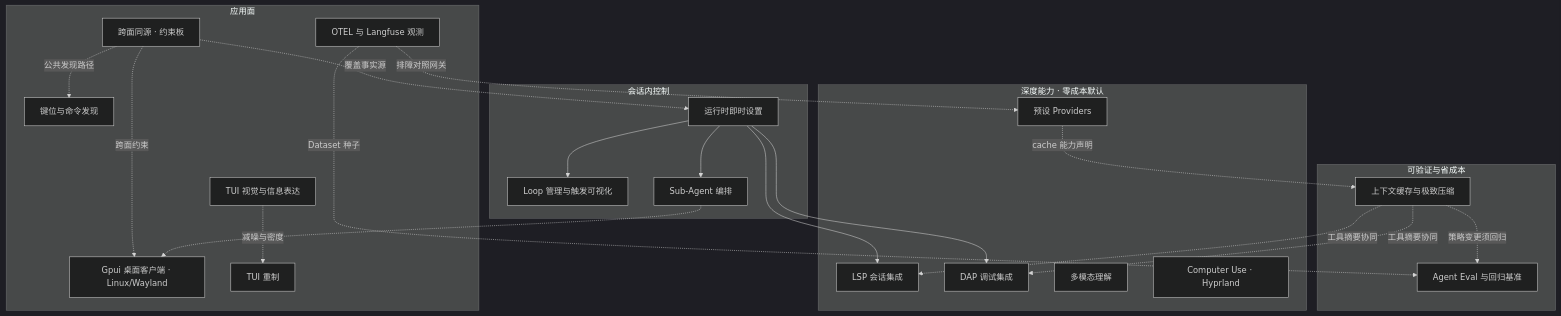
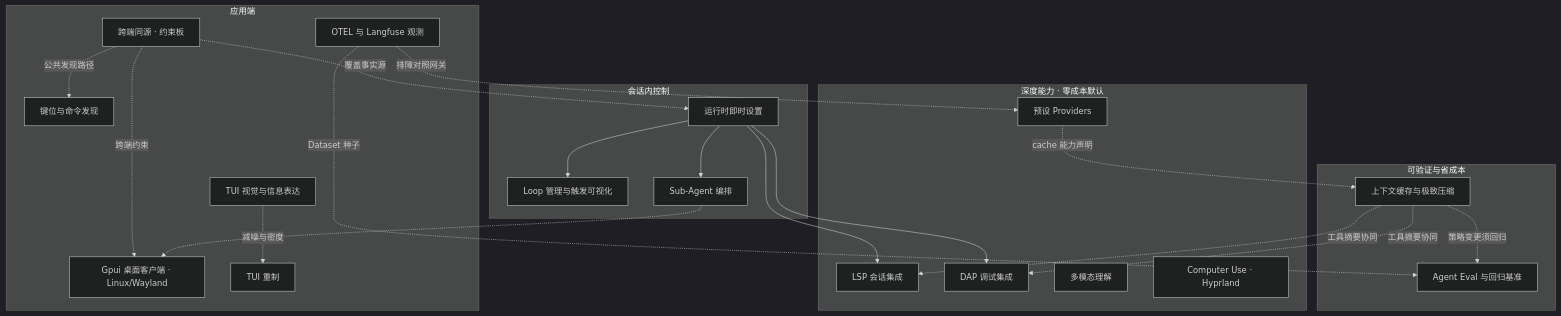
Before and after one commit to StrayDragon/xylitol: the diagram in docs/roadmaps/README.md, drawn with Mermaid (dark theme). The commit also changed other lines of this file and 93 other files, not shown here.

````diff
--- a/docs/roadmaps/README.md
+++ b/docs/roadmaps/README.md
@@ -29,46 +29,46 @@
 ```mermaid
 flowchart TB
-  subgraph Surfaces["应用面"]
-    Homo["跨面同源 · 约束板"]
+  subgraph Surfaces["应用端"]
+    Homo["跨端同源 · 约束板"]
     Gui["Gpui 桌面客户端 · Linux/Wayland"]
     Obs["OTEL 与 Langfuse 观测"]
     Visual["TUI 视觉与信息表达"]
     Remaster["TUI 重制"]
     Keys["键位与命令发现"]
   end
 
   subgraph SessionCtrl["会话内控制"]
     Live["运行时即时设置"]
     Loop["Loop 管理与触发可视化"]
     Sub["Sub-Agent 编排"]
   end
 
   subgraph Depth["深度能力 · 零成本默认"]
     Lsp["LSP 会话集成"]
     Dap["DAP 调试集成"]
     Multi["多模态理解"]
     Cu["Computer Use · Hyprland"]
     Prov["预设 Providers"]
   end
 
   subgraph VerifyOpt["可验证与省成本"]
     Eval["Agent Eval 与回归基准"]
     Cache["上下文缓存与极致压缩"]
   end
 
-  Homo -.->|跨面约束| Gui
+  Homo -.->|跨端约束| Gui
   Homo -.->|覆盖事实源| Live
   Homo -.->|公共发现路径| Keys
   Visual -.->|减噪与密度| Remaster
   Live --> Lsp
   Live --> Dap
   Live --> Sub
   Live --> Loop
   Obs -.->|排障对照网关| Prov
   Obs -.->|Dataset 种子| Eval
   Sub -.-> Gui
   Cache -.->|策略变更须回归| Eval
   Cache -.->|工具摘要协同| Lsp
   Cache -.->|工具摘要协同| Dap
   Prov -.->|cache 能力声明| Cache
 ```
````
